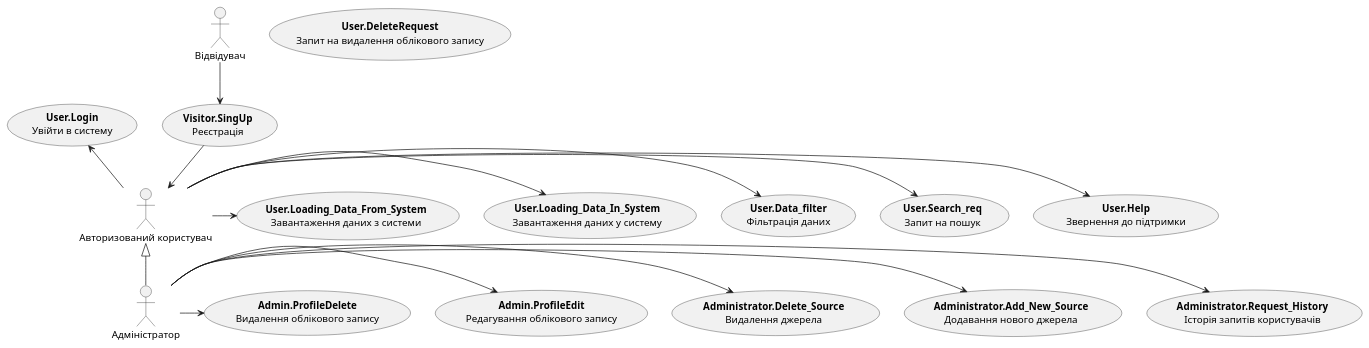
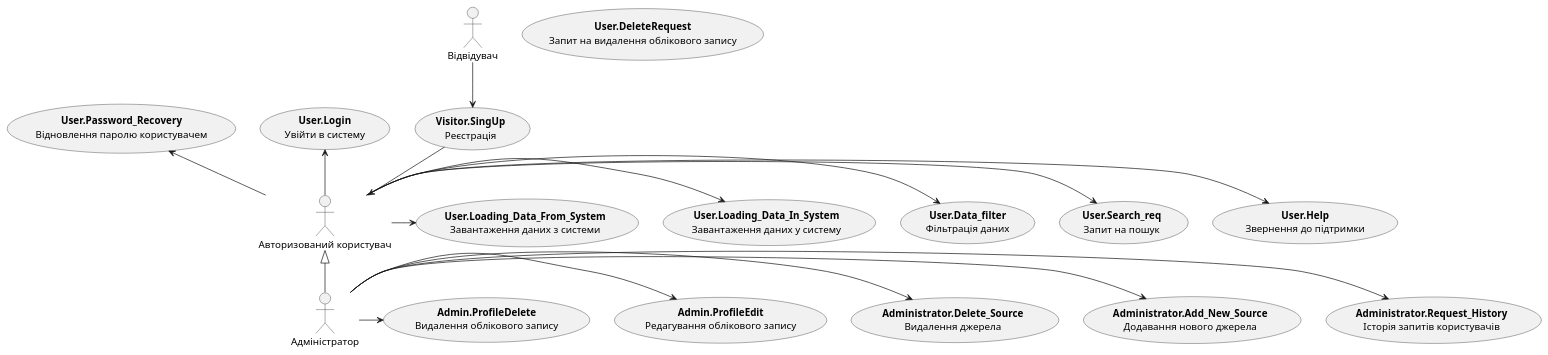
One commit to nonGratis/retarder-io-23-3 changed the first of 11 diagrams in docs/use cases/README.md. Above: the diagram before and after it, drawn with PlantUML.

Commit message:
add to the general UML User.Password_Recovery

````diff
--- a/docs/use cases/README.md
+++ b/docs/use cases/README.md
@@ -5,46 +5,48 @@
 ```plantuml
 @startuml
 
 actor "Відвідувач" as Visitor
 actor "Авторизований користувач" as User
 actor "Адміністратор" as Admin
 
 usecase "<b>Visitor.SingUp</b>\nРеєстрація" as Visitor.SingUp
 
 usecase "<b>User.Login</b>\nУвійти в систему" as User.Login
 usecase "<b>User.Help</b>\nЗвернення до підтримки" as User.Help
+usecase "<b>User.Password_Recovery</b>\nВідновлення паролю користувачем" as User.Password_Recovery
 usecase "<b>User.DeleteRequest</b>\nЗапит на видалення облікового запису" as User.DeleteRequest
 usecase "<b>User.Search_req</b>\nЗапит на пошук" as User.Search_req
 usecase "<b>User.Data_filter</b>\nФільтрація даних" as User.Data_filter
 usecase "<b>User.Loading_Data_In_System</b>\nЗавантаження даних у систему" as User.Loading_Data_In_System
 usecase "<b>User.Loading_Data_From_System</b>\nЗавантаження даних з системи" as User.Loading_Data_From_System
 
 usecase "<b>Administrator.Request_History</b>\nІсторія запитів користувачів" as Administrator.Request_History
 usecase "<b>Administrator.Add_New_Source</b>\nДодавання нового джерела" as Administrator.Add_New_Source
 usecase "<b>Administrator.Delete_Source</b>\nВидалення джерела" as Administrator.Delete_Source
 usecase "<b>Admin.ProfileEdit</b>\nРедагування облікового запису" as Admin.ProfileEdit
 usecase "<b>Admin.ProfileDelete</b>\nВидалення облікового запису" as Admin.ProfileDelete
 
 
 Admin -u-|> User
 
 Visitor -d-> Visitor.SingUp
 
 Visitor.SingUp -d-> User
 
 User -u-> User.Login
 
 User -r-> User.Help
+User -u-> User.Password_Recovery
 User -r-> User.Search_req
 User -r-> User.Data_filter
 User -r-> User.Loading_Data_In_System
 User -r-> User.Loading_Data_From_System
 
 Admin -r-> Administrator.Request_History
 Admin -r-> Administrator.Add_New_Source
 Admin -r-> Administrator.Delete_Source
 Admin -r-> Admin.ProfileEdit
 Admin -r-> Admin.ProfileDelete
 
 @enduml
 ```
````
